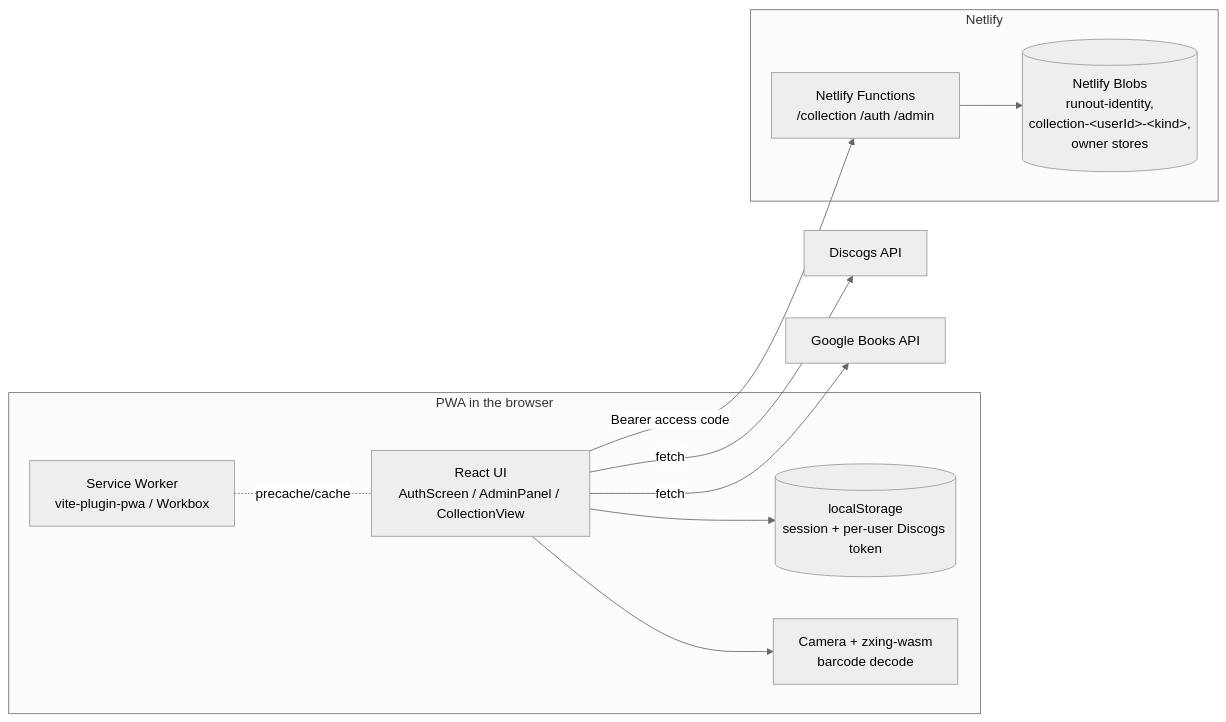
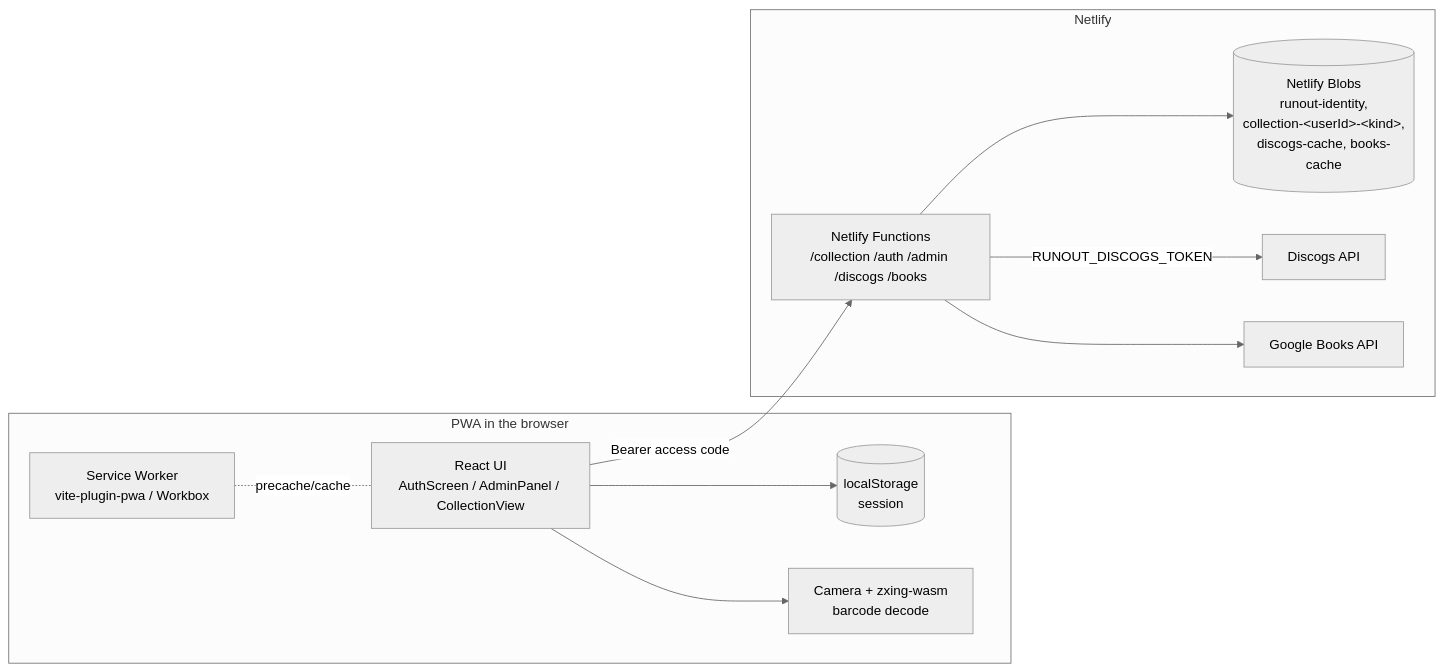
One commit to pdelebarre/halcova changed the first of 2 diagrams in docs/technical.md. Above: the diagram before and after it, drawn with Mermaid (neutral theme). The commit also changed other lines of this file and 13 other files, not shown here.

First line of the commit message:
Refactor API calls to use server-side proxies for Google Books and Discogs

````diff
--- a/docs/technical.md
+++ b/docs/technical.md
@@ -29,22 +29,22 @@
 ```mermaid
 flowchart LR
     subgraph Browser [PWA in the browser]
         UI[React UI<br/>AuthScreen / AdminPanel / CollectionView]
         SW[Service Worker<br/>vite-plugin-pwa / Workbox]
-        LS[(localStorage<br/>session + per-user Discogs token)]
+        LS[(localStorage<br/>session)]
         CAM[Camera + zxing-wasm<br/>barcode decode]
         UI --> LS
         UI --> CAM
         SW -.precache/cache.- UI
     end
 
     subgraph Netlify [Netlify]
-        NF[Netlify Functions<br/>/collection /auth /admin]
-        BLOB[(Netlify Blobs<br/>runout-identity,<br/>collection-&lt;userId&gt;-&lt;kind&gt;,<br/>owner stores)]
+        NF[Netlify Functions<br/>/collection /auth /admin /discogs /books]
+        BLOB[(Netlify Blobs<br/>runout-identity,<br/>collection-&lt;userId&gt;-&lt;kind&gt;,<br/>discogs-cache, books-cache)]
         NF --> BLOB
+        NF -->|RUNOUT_DISCOGS_TOKEN| D[Discogs API]
+        NF --> G[Google Books API]
     end
 
     UI -->|Bearer access code| NF
-    UI -->|fetch| D[Discogs API]
-    UI -->|fetch| G[Google Books API]
 ```
````
